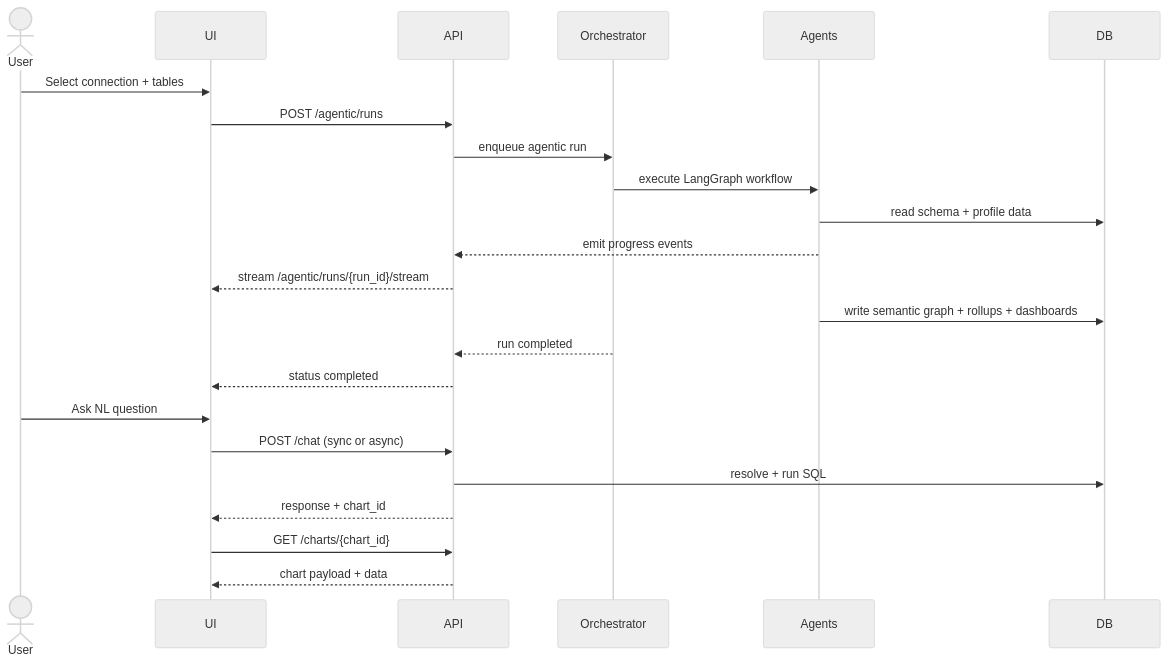
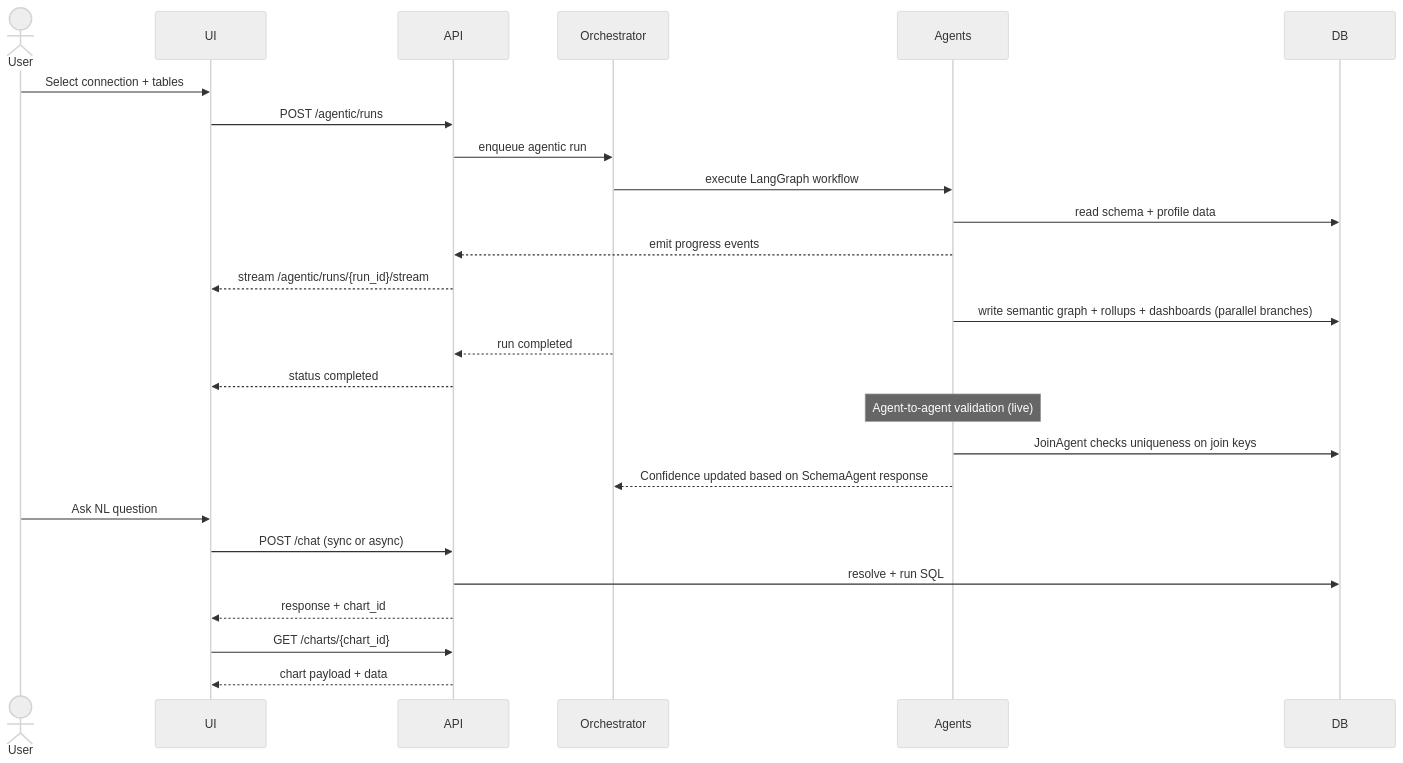
The second of 2 diagrams in docs/implementation_plans/Phase_Agentic_Semantic_Platform/19_System_Architecture.md (cvarma2311/quantyx-core), drawn with Mermaid (neutral theme) before and after one commit. The commit also changed other lines of this file and 4 other files, not shown here.

````diff
--- a/docs/implementation_plans/Phase_Agentic_Semantic_Platform/19_System_Architecture.md
+++ b/docs/implementation_plans/Phase_Agentic_Semantic_Platform/19_System_Architecture.md
@@ -97,28 +108,32 @@
 ```mermaid
 sequenceDiagram
   actor User
   participant UI
   participant API
   participant Orchestrator
   participant Agents
   participant DB
 
   User->>UI: Select connection + tables
   UI->>API: POST /agentic/runs
   API->>Orchestrator: enqueue agentic run
   Orchestrator->>Agents: execute LangGraph workflow
   Agents->>DB: read schema + profile data
   Agents-->>API: emit progress events
   API-->>UI: stream /agentic/runs/{run_id}/stream
 
-  Agents->>DB: write semantic graph + rollups + dashboards
+  Agents->>DB: write semantic graph + rollups + dashboards (parallel branches)
   Orchestrator-->>API: run completed
   API-->>UI: status completed
+
+  Note over Agents: Agent-to-agent validation (live)
+  Agents->>DB: JoinAgent checks uniqueness on join keys
+  Agents-->>Orchestrator: Confidence updated based on SchemaAgent response
 
   User->>UI: Ask NL question
   UI->>API: POST /chat (sync or async)
   API->>DB: resolve + run SQL
   API-->>UI: response + chart_id
   UI->>API: GET /charts/{chart_id}
   API-->>UI: chart payload + data
 ```
````
